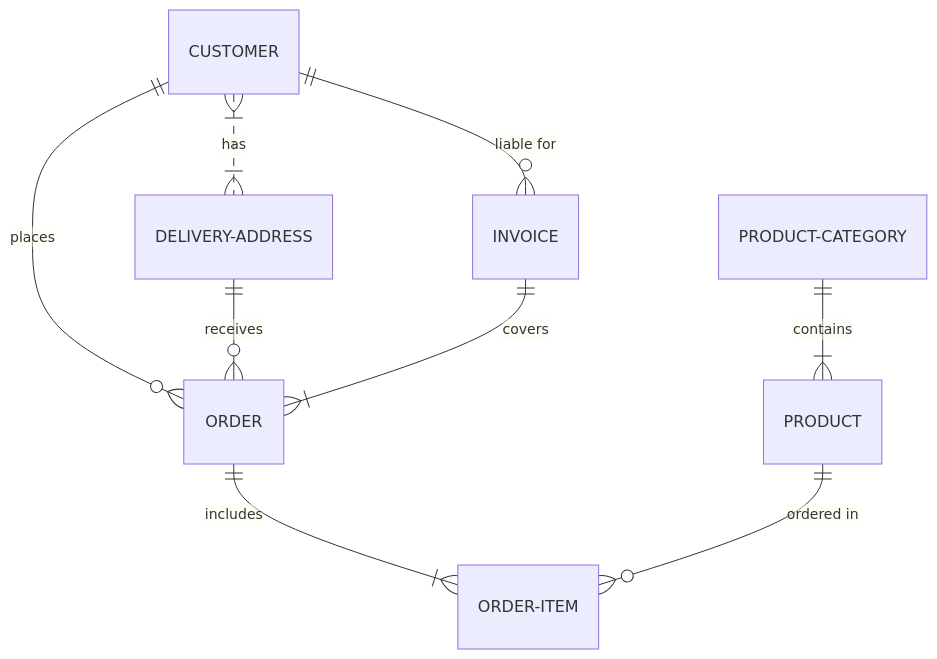
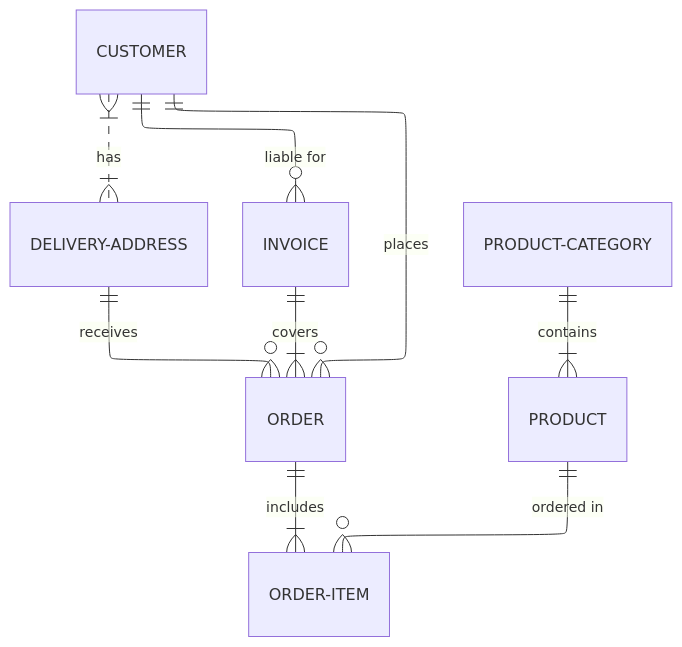
The second of 3 diagrams in website/docs/guides/docs/advanced/custom-diagrams.mdx (mkeithX/mkeithx.github.io), drawn with Mermaid before and after one commit. The commit also changed other lines of this file and 4 other files, not shown here.

````diff
--- a/website/docs/guides/docs/advanced/custom-diagrams.mdx
+++ b/website/docs/guides/docs/advanced/custom-diagrams.mdx
@@ -17,12 +24,16 @@
 ```mermaid
+---
+config:
+  layout: elk
+---
 erDiagram
           CUSTOMER }|..|{ DELIVERY-ADDRESS : has
           CUSTOMER ||--o{ ORDER : places
           CUSTOMER ||--o{ INVOICE : "liable for"
           DELIVERY-ADDRESS ||--o{ ORDER : receives
           INVOICE ||--|{ ORDER : covers
           ORDER ||--|{ ORDER-ITEM : includes
           PRODUCT-CATEGORY ||--|{ PRODUCT : contains
           PRODUCT ||--o{ ORDER-ITEM : "ordered in"
 
 ```
````
